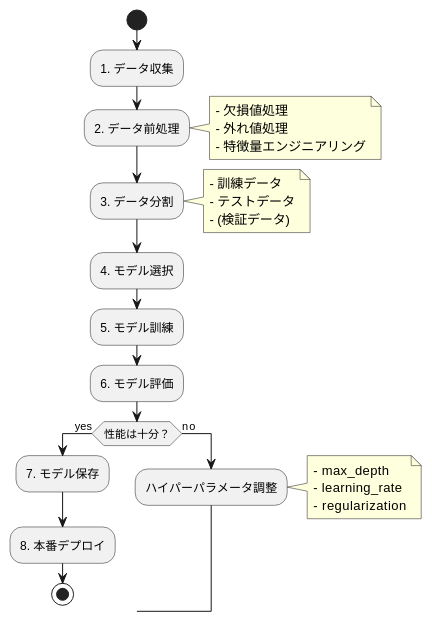
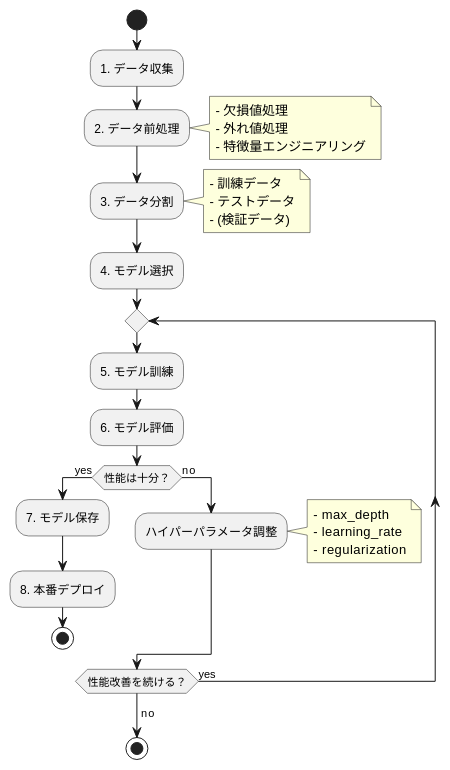
One commit to k2works/case-study-game-dev changed the first of 2 diagrams in docs/reference/case-6/テスト駆動開発から始める機械学習入門.md. Above: the diagram before and after it, drawn with PlantUML. The commit also changed other lines of this file and 1 other file, not shown here.

````diff
--- a/docs/reference/case-6/テスト駆動開発から始める機械学習入門.md
+++ b/docs/reference/case-6/テスト駆動開発から始める機械学習入門.md
@@ -1137,33 +1102,37 @@
 ```plantuml
 @startuml
 start
 :1. データ収集;
 :2. データ前処理;
 note right
   - 欠損値処理
   - 外れ値処理
   - 特徴量エンジニアリング
 end note
 :3. データ分割;
 note right
   - 訓練データ
   - テストデータ
   - (検証データ)
 end note
 :4. モデル選択;
-:5. モデル訓練;
-:6. モデル評価;
-if (性能は十分？) then (yes)
-  :7. モデル保存;
-  :8. 本番デプロイ;
-  stop
-else (no)
-  :ハイパーパラメータ調整;
-  note right
-    - max_depth
-    - learning_rate
-    - regularization
-  end note
-endif
+repeat
+  :5. モデル訓練;
+  :6. モデル評価;
+  if (性能は十分？) then (yes)
+    :7. モデル保存;
+    :8. 本番デプロイ;
+    stop
+  else (no)
+    :ハイパーパラメータ調整;
+    note right
+      - max_depth
+      - learning_rate
+      - regularization
+    end note
+  endif
+repeat while (性能改善を続ける？) is (yes)
+->no;
+stop
 @enduml
 ```
````
